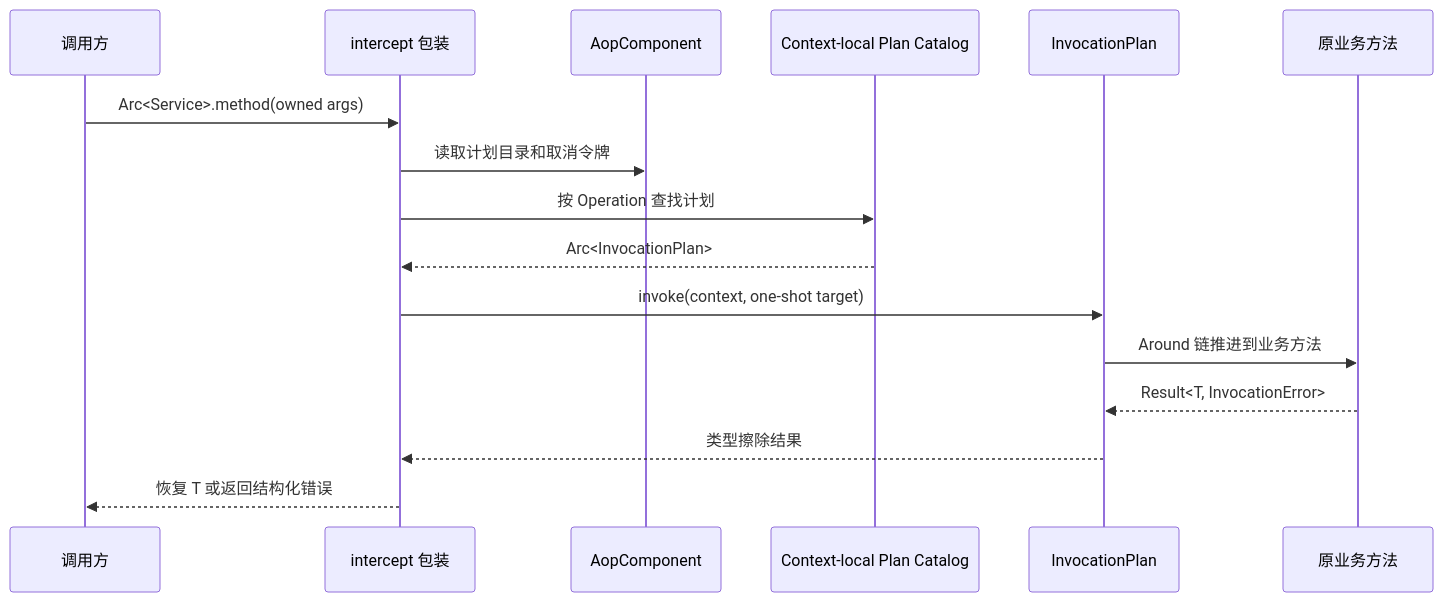
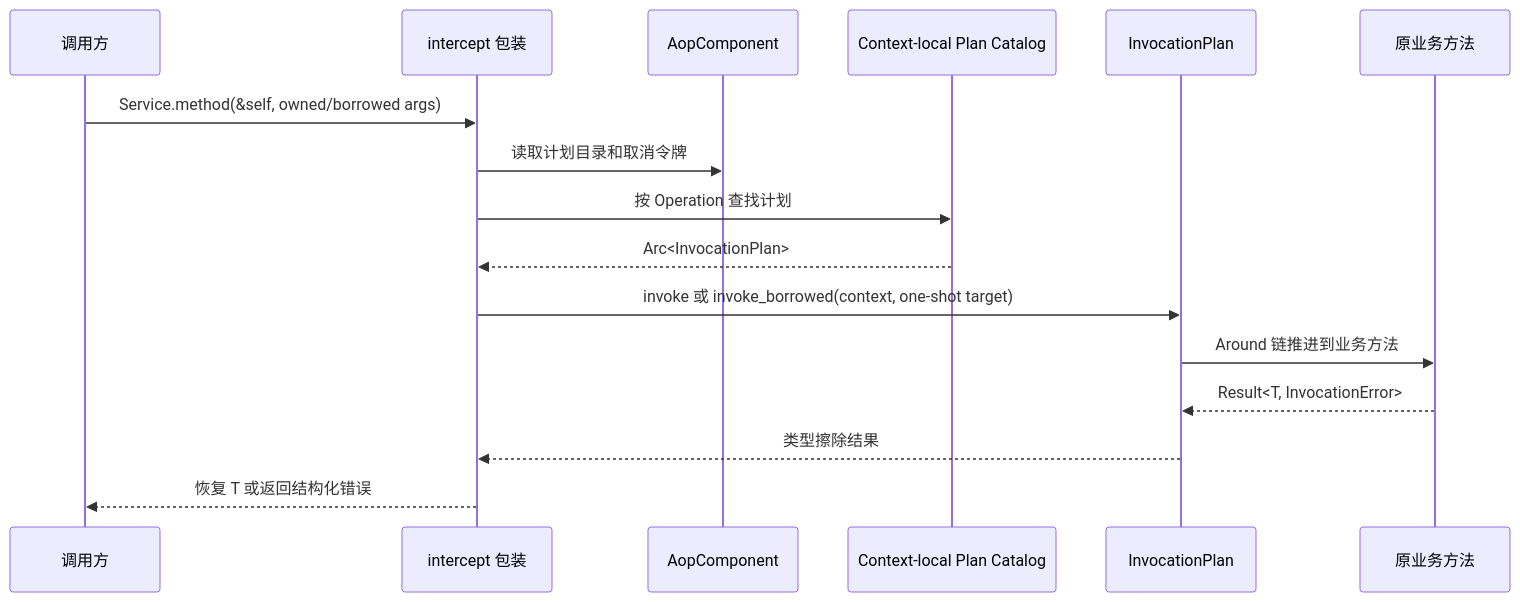
The ninth of 20 diagrams in docs/Vernal-Architecture.zh_CN.md (easy-4-rust/vernal), drawn with Mermaid before and after one commit. The commit also changed other lines of this file and 16 other files, not shown here.

````diff
--- a/docs/Vernal-Architecture.zh_CN.md
+++ b/docs/Vernal-Architecture.zh_CN.md
@@ -580,19 +584,19 @@
 ```mermaid
 sequenceDiagram
     participant Caller as 调用方
     participant Macro as intercept 包装
     participant Component as AopComponent
     participant Catalog as Context-local Plan Catalog
     participant Plan as InvocationPlan
     participant Target as 原业务方法
 
-    Caller->>Macro: Arc<Service>.method(owned args)
+    Caller->>Macro: Service.method(&self, owned/borrowed args)
     Macro->>Component: 读取计划目录和取消令牌
     Macro->>Catalog: 按 Operation 查找计划
     Catalog-->>Macro: Arc<InvocationPlan>
-    Macro->>Plan: invoke(context, one-shot target)
+    Macro->>Plan: invoke 或 invoke_borrowed(context, one-shot target)
     Plan->>Target: Around 链推进到业务方法
     Target-->>Plan: Result<T, InvocationError>
     Plan-->>Macro: 类型擦除结果
     Macro-->>Caller: 恢复 T 或返回结构化错误
 ```
````
